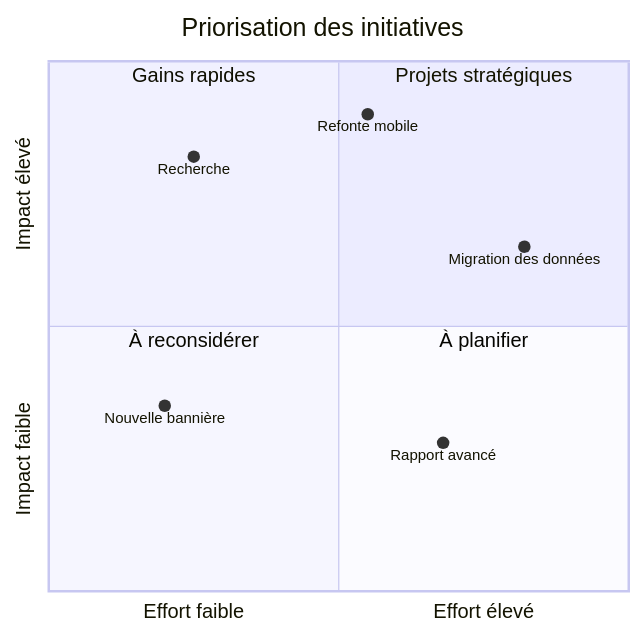
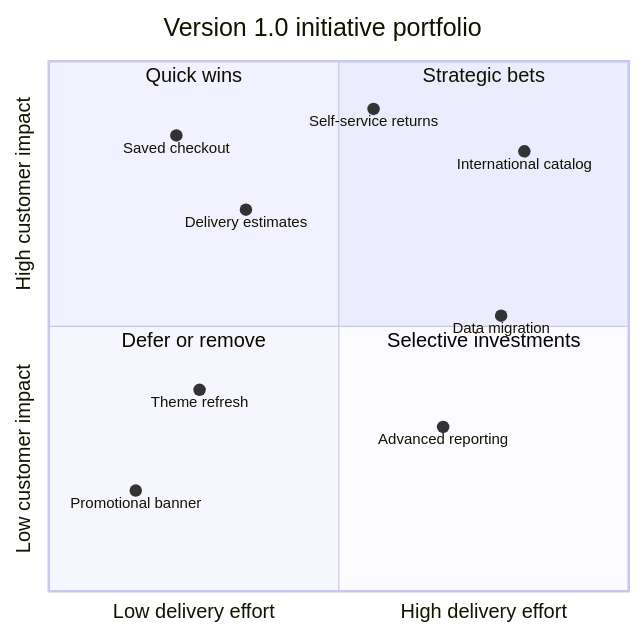
The diagram in examples/11-quadrant.mmd (Brainfkt/mermaid-preview-offline), drawn with Mermaid before and after one commit. The commit also changed 74 other files, not shown here.

```diff
--- a/examples/11-quadrant.mmd
+++ b/examples/11-quadrant.mmd
@@ -1,13 +1,16 @@
 quadrantChart
-  title Priorisation des initiatives
-  x-axis Effort faible --> Effort élevé
-  y-axis Impact faible --> Impact élevé
-  quadrant-1 Projets stratégiques
-  quadrant-2 Gains rapides
-  quadrant-3 À reconsidérer
-  quadrant-4 À planifier
-  Recherche: [0.25, 0.82]
-  Refonte mobile: [0.55, 0.90]
-  Migration des données: [0.82, 0.65]
-  Nouvelle bannière: [0.20, 0.35]
-  Rapport avancé: [0.68, 0.28]
+  title Version 1.0 initiative portfolio
+  x-axis Low delivery effort --> High delivery effort
+  y-axis Low customer impact --> High customer impact
+  quadrant-1 Strategic bets
+  quadrant-2 Quick wins
+  quadrant-3 Defer or remove
+  quadrant-4 Selective investments
+  Saved checkout: [0.22, 0.86]
+  Delivery estimates: [0.34, 0.72]
+  Self-service returns: [0.56, 0.91]
+  International catalog: [0.82, 0.83]
+  Theme refresh: [0.26, 0.38]
+  Data migration: [0.78, 0.52]
+  Advanced reporting: [0.68, 0.31]
+  Promotional banner: [0.15, 0.19]
```
